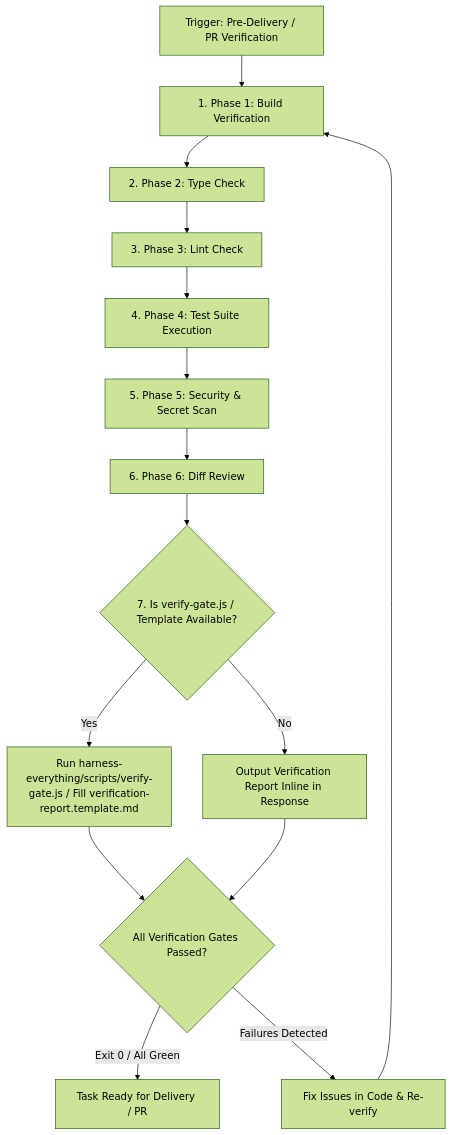
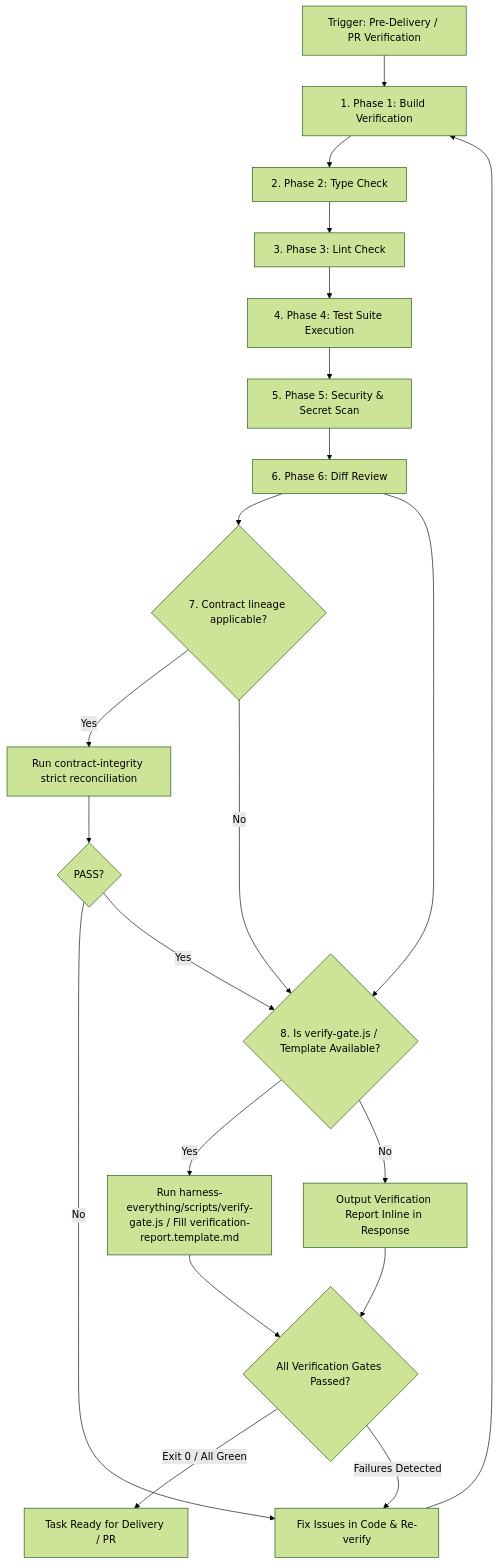
The diagram in verification-loop/references/verification-phases.md (dyphn1/Harness-everything), drawn with Mermaid (forest theme) before and after one commit. The commit also changed other lines of this file, not shown here.

Commit message:
docs(contract): add completion reconciliation phase

````diff
--- a/verification-loop/references/verification-phases.md
+++ b/verification-loop/references/verification-phases.md
@@ -5,20 +5,26 @@
 ```mermaid
 flowchart TD
     Start[Trigger: Pre-Delivery / PR Verification] --> Build[1. Phase 1: Build Verification]
     Build --> Type[2. Phase 2: Type Check]
     Type --> Lint[3. Phase 3: Lint Check]
     Lint --> Test[4. Phase 4: Test Suite Execution]
     Test --> Security[5. Phase 5: Security & Secret Scan]
     Security --> Diff[6. Phase 6: Diff Review]
+    Diff --> Contract{7. Contract lineage applicable?}
+    Contract -- Yes --> Reconcile[Run contract-integrity strict reconciliation]
+    Contract -- No --> CheckScript
+    Reconcile --> ContractResult{PASS?}
+    ContractResult -- No --> Fix
+    ContractResult -- Yes --> CheckScript
     
-    Diff --> CheckScript{7. Is verify-gate.js / Template Available?}
+    Diff --> CheckScript{8. Is verify-gate.js / Template Available?}
     
     CheckScript -- Yes --> RunScript[Run harness-everything/scripts/verify-gate.js / Fill verification-report.template.md]
     CheckScript -- No --> DirectReport[Output Verification Report Inline in Response]
     
     RunScript --> ReportResult{All Verification Gates Passed?}
     DirectReport --> ReportResult
     
     ReportResult -- Exit 0 / All Green --> Deliver[Task Ready for Delivery / PR]
     ReportResult -- Failures Detected --> Fix[Fix Issues in Code & Re-verify] --> Build
 ```
````
